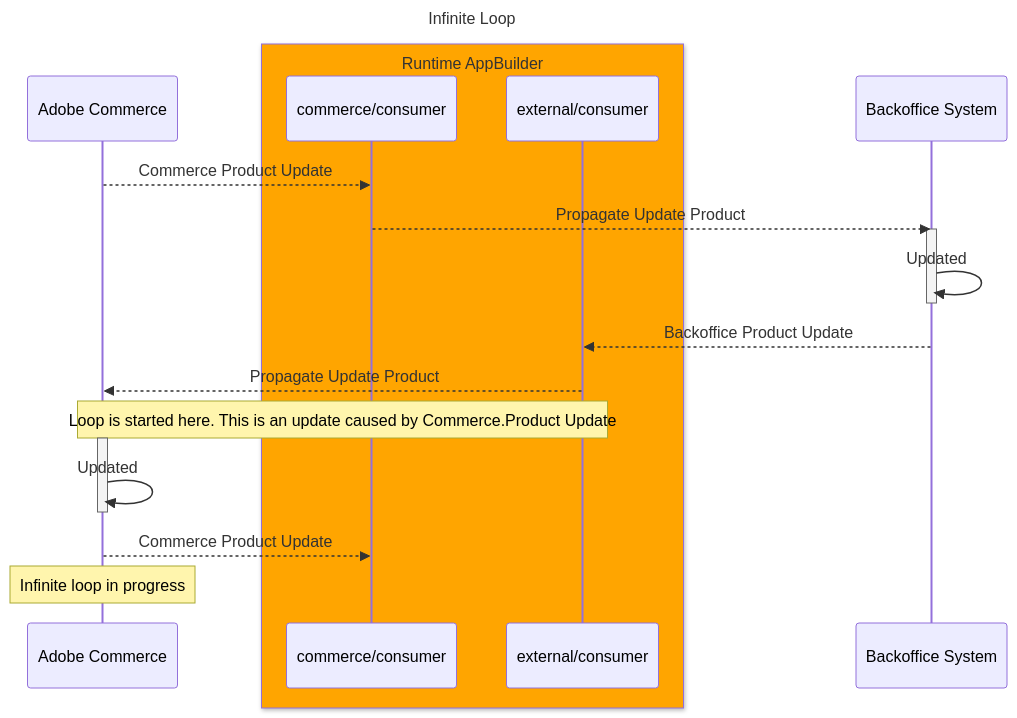
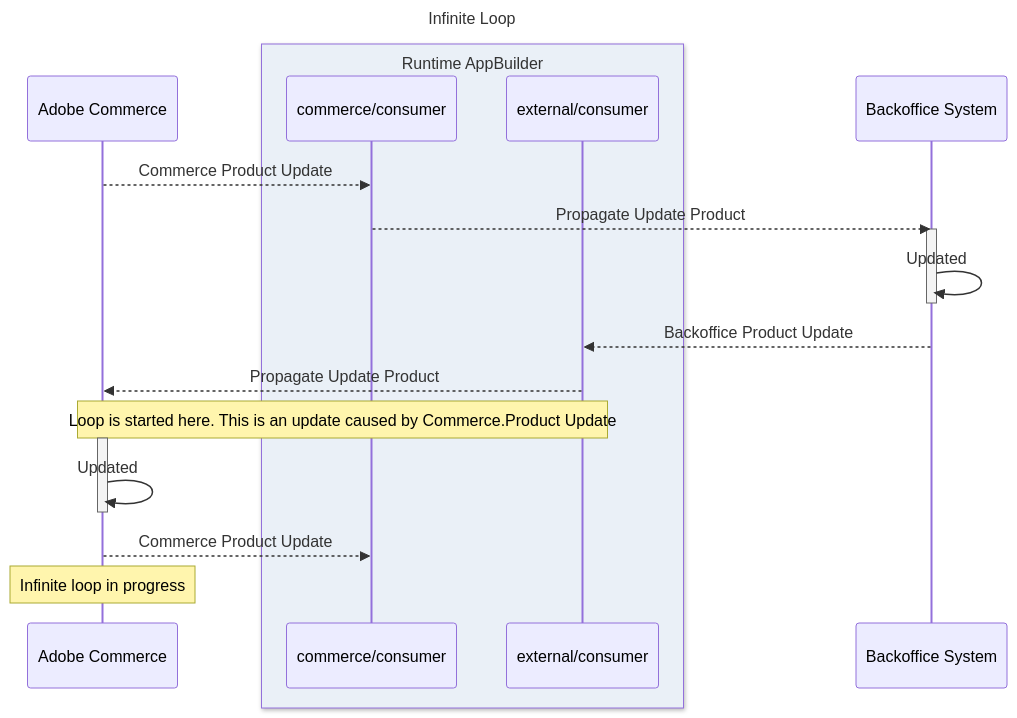
Before and after one commit to adobe/commerce-integration-starter-kit: the first of 2 diagrams in actions/product/external/consumer/docs/README.md, drawn with Mermaid. The commit also changed other lines of this file, not shown here.

````diff
--- a/actions/product/external/consumer/docs/README.md
+++ b/actions/product/external/consumer/docs/README.md
@@ -11,26 +10,26 @@
 ```mermaid
 ---
 title: Infinite Loop
 ---
 sequenceDiagram
 participant Adobe Commerce
-box Orange Runtime AppBuilder
+box rgb(234, 240, 247) Runtime AppBuilder
 participant commerce/consumer
 participant external/consumer
 end
 participant Backoffice System
 
 Adobe Commerce-->>commerce/consumer: Commerce Product Update
 commerce/consumer-->>Backoffice System: Propagate Update Product
 activate Backoffice System
 Backoffice System->>Backoffice System: Updated
 deactivate Backoffice System
 Backoffice System-->>external/consumer: Backoffice Product Update
 external/consumer-->>Adobe Commerce: Propagate Update Product
 Note over external/consumer, Adobe Commerce: Loop is started here. This is an update caused by Commerce.Product Update
 activate Adobe Commerce
 Adobe Commerce->>Adobe Commerce: Updated
 deactivate Adobe Commerce
 Adobe Commerce-->>commerce/consumer: Commerce Product Update
 Note over Adobe Commerce: Infinite loop in progress
 ```
````
